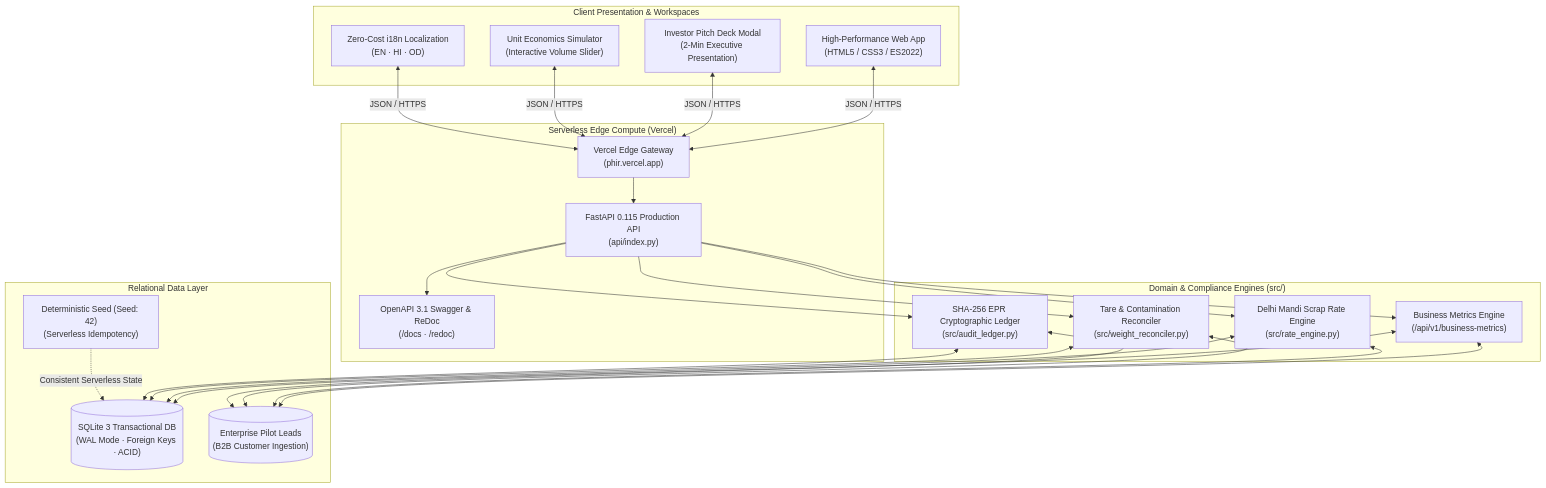
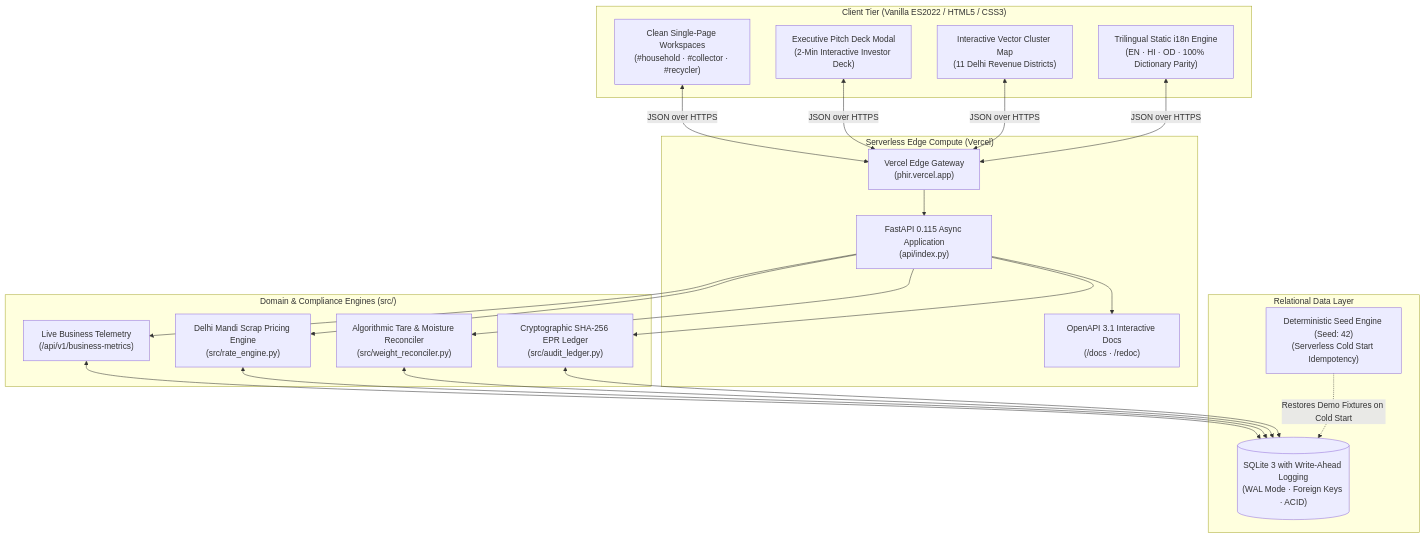
Before and after one commit to kamilahmadhashmi/PHIR: the diagram in README.md, drawn with Mermaid. The commit also changed other lines of this file and 6 other files, not shown here.

````diff
--- a/README.md
+++ b/README.md
@@ -159,35 +91,34 @@
 ```mermaid
 flowchart TD
-    subgraph Client ["Client Presentation & Workspaces"]
-        UI["High-Performance Web App\n(HTML5 / CSS3 / ES2022)"]
-        PitchDeck["Investor Pitch Deck Modal\n(2-Min Executive Presentation)"]
-        Simulator["Unit Economics Simulator\n(Interactive Volume Slider)"]
-        I18N["Zero-Cost i18n Localization\n(EN · HI · OD)"]
+    subgraph Client ["Client Tier (Vanilla ES2022 / HTML5 / CSS3)"]
+        UI["Clean Single-Page Workspaces\n(#household · #collector · #recycler)"]
+        PitchDeck["Executive Pitch Deck Modal\n(2-Min Interactive Investor Deck)"]
+        SvgMap["Interactive Vector Cluster Map\n(11 Delhi Revenue Districts)"]
+        I18nEngine["Trilingual Static i18n Engine\n(EN · HI · OD · 100% Dictionary Parity)"]
     end
 
     subgraph EdgeCompute ["Serverless Edge Compute (Vercel)"]
         Edge["Vercel Edge Gateway\n(phir.vercel.app)"]
-        FastAPI["FastAPI 0.115 Production API\n(api/index.py)"]
-        Docs["OpenAPI 3.1 Swagger & ReDoc\n(/docs · /redoc)"]
+        FastAPI["FastAPI 0.115 Async Application\n(api/index.py)"]
+        Swagger["OpenAPI 3.1 Interactive Docs\n(/docs · /redoc)"]
     end
 
     subgraph CoreEngines ["Domain & Compliance Engines (src/)"]
-        BizEngine["Business Metrics Engine\n(/api/v1/business-metrics)"]
-        RateEngine["Delhi Mandi Scrap Rate Engine\n(src/rate_engine.py)"]
-        ScaleRecon["Tare & Contamination Reconciler\n(src/weight_reconciler.py)"]
-        AuditLedger["SHA-256 EPR Cryptographic Ledger\n(src/audit_ledger.py)"]
+        BizEngine["Live Business Telemetry\n(/api/v1/business-metrics)"]
+        RateEngine["Delhi Mandi Scrap Pricing Engine\n(src/rate_engine.py)"]
+        ScaleRecon["Algorithmic Tare & Moisture Reconciler\n(src/weight_reconciler.py)"]
+        AuditLedger["Cryptographic SHA-256 EPR Ledger\n(src/audit_ledger.py)"]
     end
 
     subgraph Storage ["Relational Data Layer"]
-        DB[("SQLite 3 Transactional DB\n(WAL Mode · Foreign Keys · ACID)")]
-        PilotReqs[("Enterprise Pilot Leads\n(B2B Customer Ingestion)")]
-        DeterministicSeed["Deterministic Seed (Seed: 42)\n(Serverless Idempotency)"]
+        DB[("SQLite 3 with Write-Ahead Logging\n(WAL Mode · Foreign Keys · ACID)")]
+        DeterministicSeed["Deterministic Seed Engine (Seed: 42)\n(Serverless Cold Start Idempotency)"]
     end
 
-    UI & PitchDeck & Simulator & I18N <-->|JSON / HTTPS| Edge
+    UI & PitchDeck & SvgMap & I18nEngine <-->|JSON over HTTPS| Edge
     Edge --> FastAPI
-    FastAPI --> Docs
+    FastAPI --> Swagger
     FastAPI --> BizEngine & RateEngine & ScaleRecon & AuditLedger
-    BizEngine & RateEngine & ScaleRecon & AuditLedger <--> DB & PilotReqs
-    DeterministicSeed -.->|Consistent Serverless State| DB
+    BizEngine & RateEngine & ScaleRecon & AuditLedger <--> DB
+    DeterministicSeed -.->|Restores Demo Fixtures on Cold Start| DB
 ```
````
